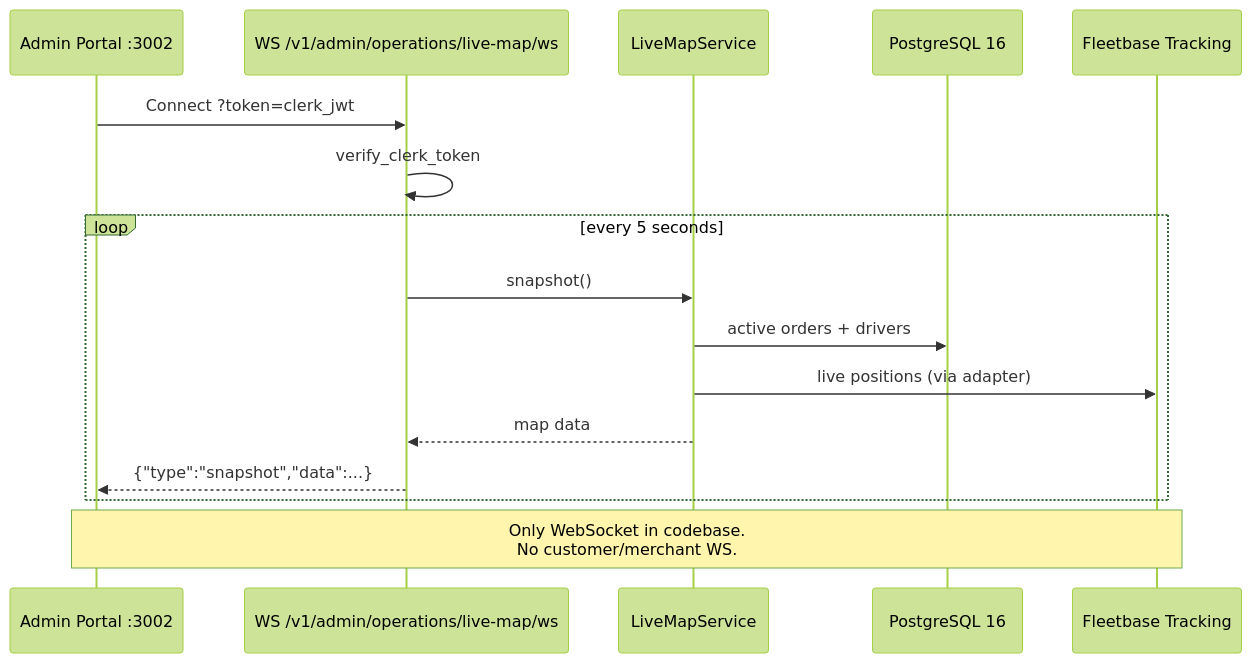
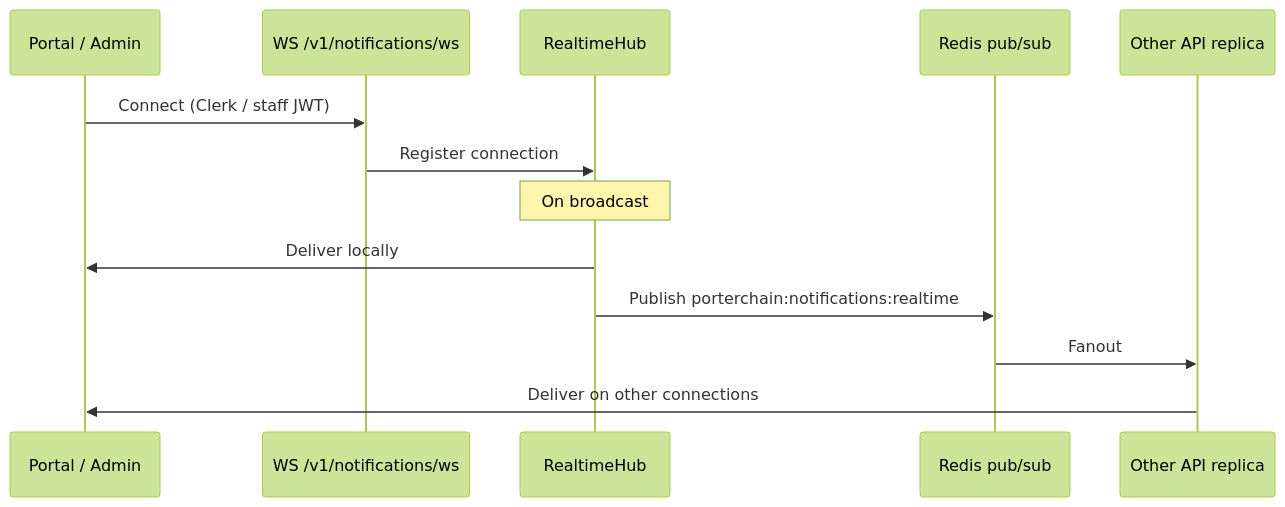
One commit to PORTERCHAIN-INC/PCD changed the diagram in docs/architecture/REALTIME_FLOW.md. Above: the diagram before and after it, drawn with Mermaid (forest theme). The commit also changed other lines of this file and 811 other files, not shown here.

First line of the commit message:
chore: add CRM features and admin portal improvements

````diff
--- a/docs/architecture/REALTIME_FLOW.md
+++ b/docs/architecture/REALTIME_FLOW.md
@@ -94,20 +50,16 @@
 ```mermaid
 sequenceDiagram
-  participant Admin as Admin Portal :3002
-  participant WS as WS /v1/admin/operations/live-map/ws
-  participant LMS as LiveMapService
-  participant DB as PostgreSQL 16
-  participant FB as Fleetbase Tracking
+  participant Client as Portal / Admin
+  participant WS as WS /v1/notifications/ws
+  participant Hub as RealtimeHub
+  participant Redis as Redis pub/sub
+  participant Replica as Other API replica
 
-  Admin->>WS: Connect ?token=clerk_jwt
-  WS->>WS: verify_clerk_token
-  loop every 5 seconds
-    WS->>LMS: snapshot()
-    LMS->>DB: active orders + drivers
-    LMS->>FB: live positions (via adapter)
-    LMS-->>WS: map data
-    WS-->>Admin: {"type":"snapshot","data":...}
-  end
-
-  Note over Admin,FB: Only WebSocket in codebase.<br/>No customer/merchant WS.
+  Client->>WS: Connect (Clerk / staff JWT)
+  WS->>Hub: Register connection
+  Note over Hub: On broadcast
+  Hub->>Client: Deliver locally
+  Hub->>Redis: Publish porterchain:notifications:realtime
+  Redis->>Replica: Fanout
+  Replica->>Client: Deliver on other connections
 ```
````
